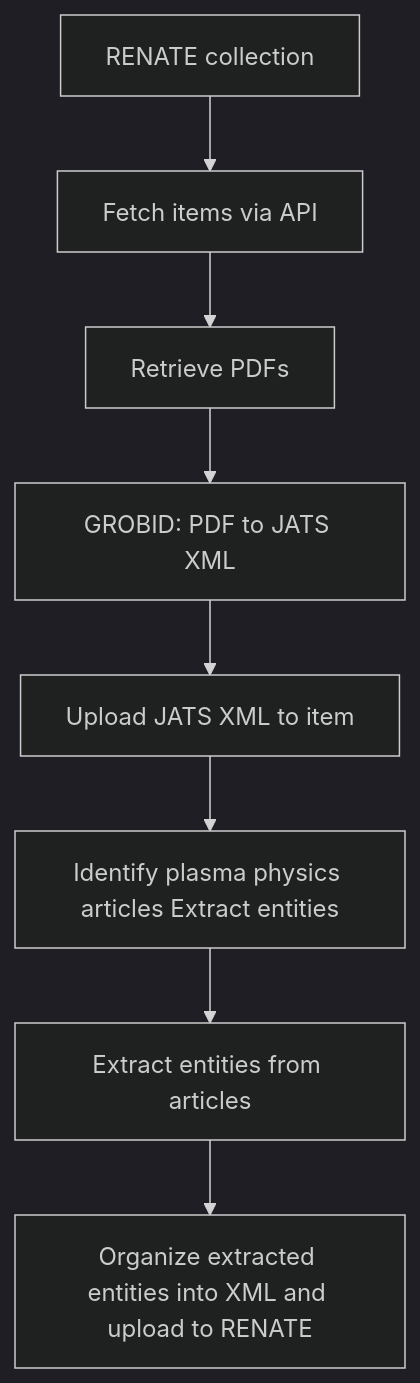
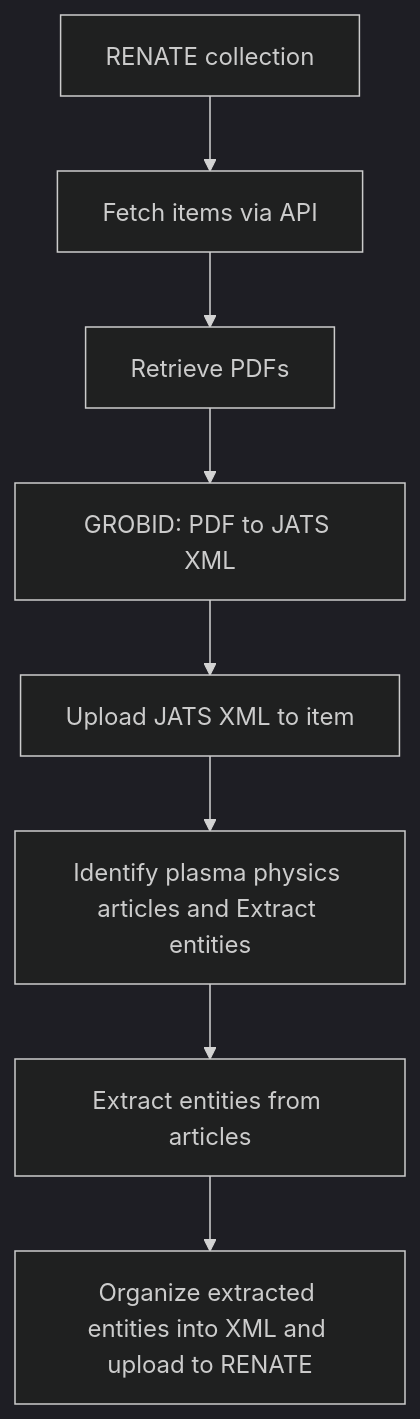
The diagram in README.md (Mehr-OA/PDF-to-XML), drawn with Mermaid (dark theme) before and after one commit.

````diff
--- a/README.md
+++ b/README.md
@@ -16,10 +16,10 @@
 ```mermaid
 flowchart TD
     A[RENATE collection] --> B[Fetch items via API]
     B --> C[Retrieve PDFs]
     C --> D[GROBID: PDF to JATS XML]
     D --> E[Upload JATS XML to item]
-    E --> F[Identify plasma physics articles Extract entities]
+    E --> F[Identify plasma physics articles and Extract entities]
     F --> G[Extract entities from articles]
     G --> H[Organize extracted entities into XML and upload to RENATE]
 ```
````
